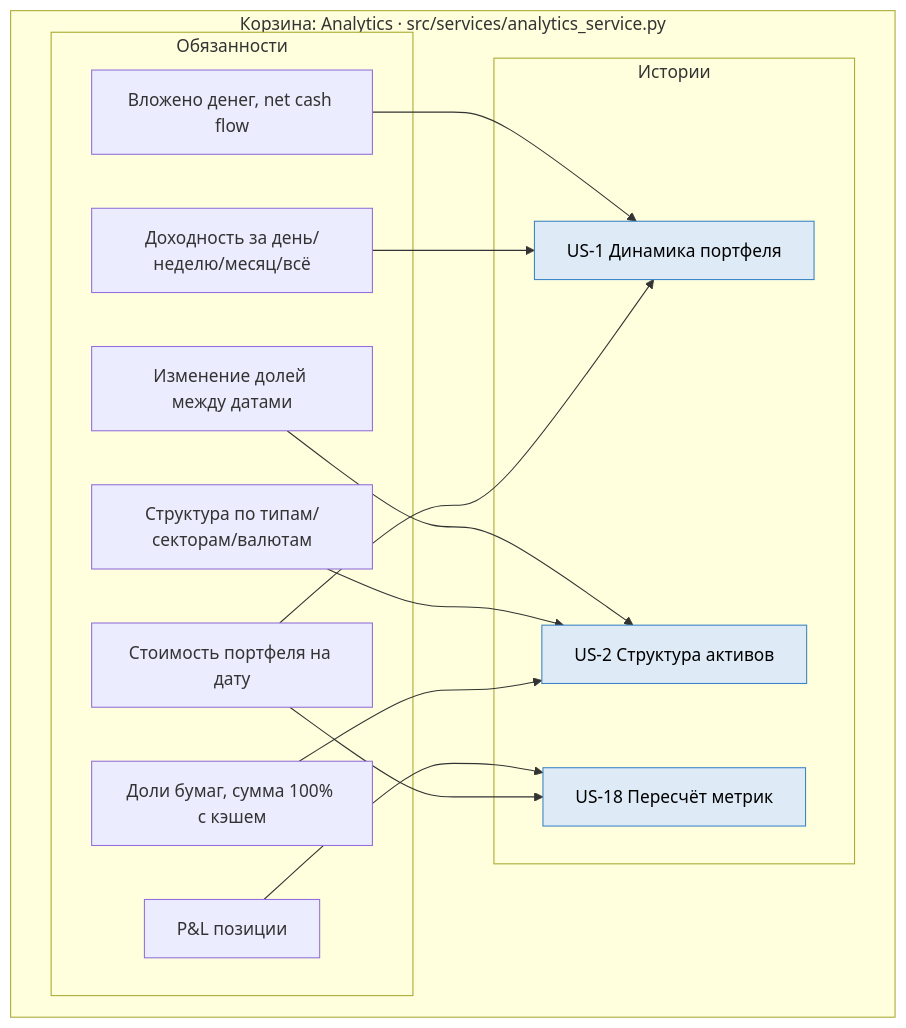
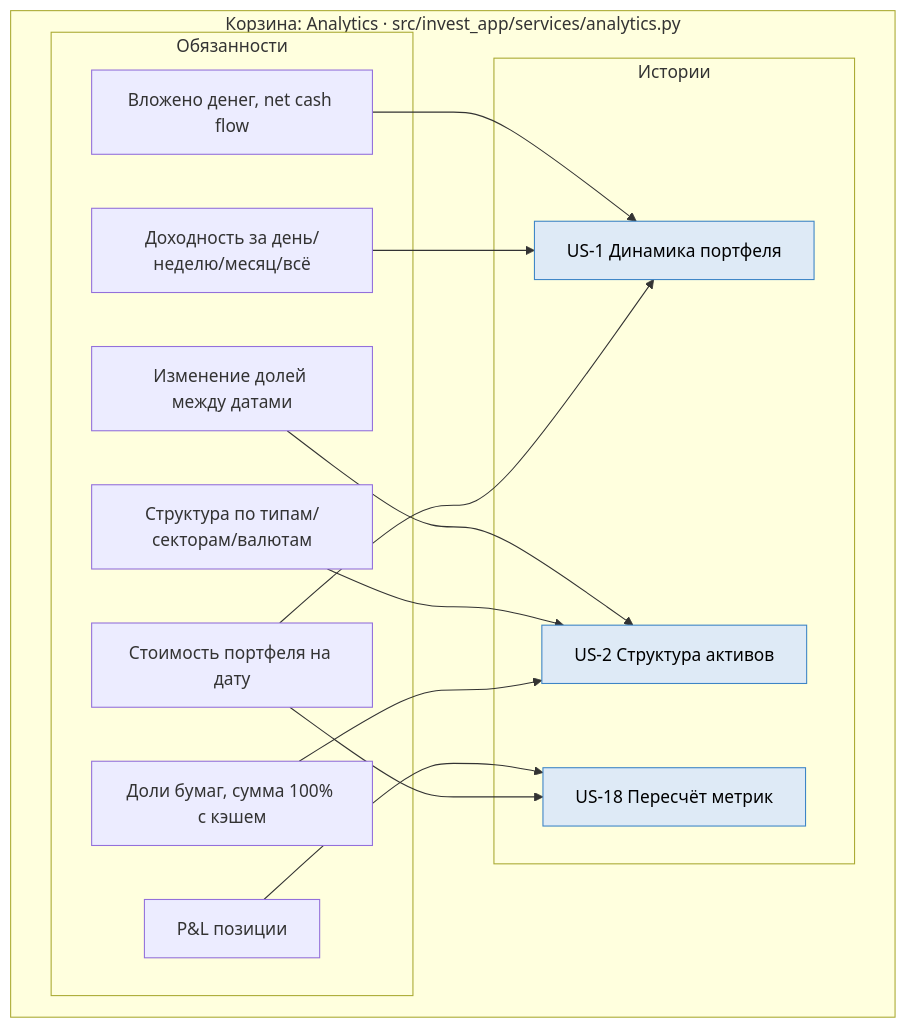
Before and after one commit to alexande-popov/T-I: the tenth of 15 diagrams in docs/arch/logic_arch.md, drawn with Mermaid. The commit also changed other lines of this file and 3 other files, not shown here.

````diff
--- a/docs/arch/logic_arch.md
+++ b/docs/arch/logic_arch.md
@@ -626,32 +694,32 @@
 ```mermaid
 flowchart LR
-    subgraph B5["Корзина: Analytics · src/services/analytics_service.py"]
+    subgraph B5["Корзина: Analytics · src/invest_app/services/analytics.py"]
         direction LR
         subgraph B5R["Обязанности"]
             R51["Стоимость портфеля на дату"]
             R52["Доли бумаг, сумма 100% с кэшем"]
             R53["P&L позиции"]
             R54["Доходность за день/неделю/месяц/всё"]
             R55["Вложено денег, net cash flow"]
             R56["Структура по типам/секторам/валютам"]
             R57["Изменение долей между датами"]
         end
         subgraph B5U["Истории"]
             Y1["US-1 Динамика портфеля"]
             Y2["US-2 Структура активов"]
             Y18["US-18 Пересчёт метрик"]
         end
     end
 
     R51 --> Y1
     R54 --> Y1
     R55 --> Y1
     R52 --> Y2
     R56 --> Y2
     R57 --> Y2
     R51 --> Y18
     R53 --> Y18
 
     classDef story fill:#deeaf6,stroke:#3d85c6,color:#000
     class Y1,Y2,Y18 story
 ```
````
